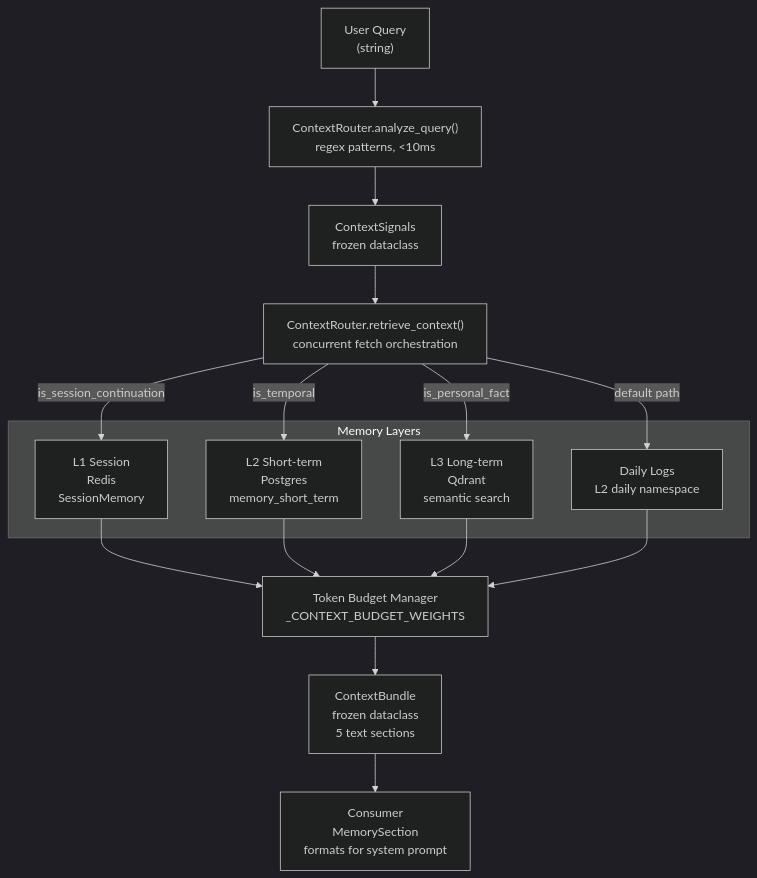
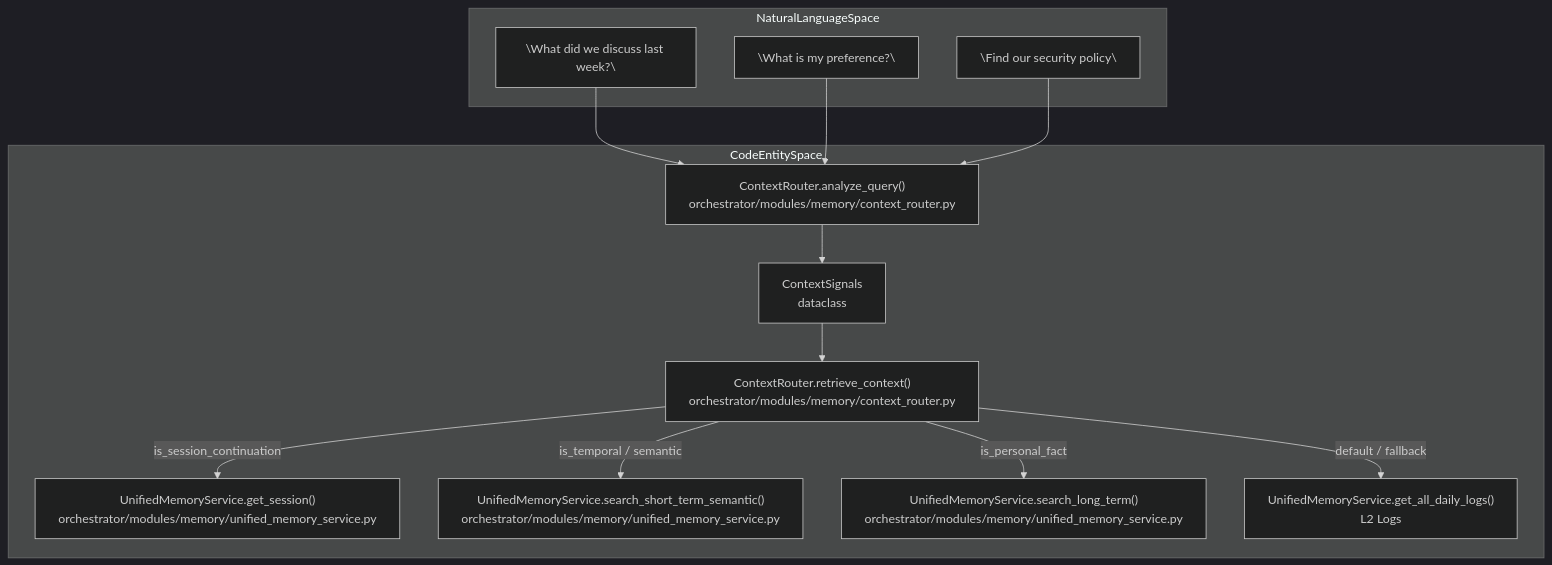
Before and after one commit to AutomatosAI/automatos-ai: the first of 3 diagrams in docs/memory-system/context-router.md, drawn with Mermaid (dark theme). The commit also changed other lines of this file and 188 other files, not shown here.

First line of the commit message:
docs: refresh architecture docs and add coverage for new subsystems (#1416)

````diff
--- a/docs/memory-system/context-router.md
+++ b/docs/memory-system/context-router.md
@@ -53,37 +48,31 @@
 ```mermaid
 graph TB
-    Query["User Query<br/>(string)"]
-    Analyze["ContextRouter.analyze_query()<br/>regex patterns, &lt;10ms"]
-    Signals["ContextSignals<br/>frozen dataclass"]
-    
-    Retrieve["ContextRouter.retrieve_context()<br/>concurrent fetch orchestration"]
-    
-    subgraph "Memory Layers"
-        L1["L1 Session<br/>Redis<br/>SessionMemory"]
-        L2["L2 Short-term<br/>Postgres<br/>memory_short_term"]
-        L3["L3 Long-term<br/>Qdrant<br/>semantic search"]
-        Daily["Daily Logs<br/>L2 daily namespace"]
+    subgraph "NaturalLanguageSpace"
+        NL1["\"What did we discuss last week?\""]
+        NL2["\"What is my preference?\""]
+        NL3["\"Find our security policy\""]
     end
-    
-    Budget["Token Budget Manager<br/>_CONTEXT_BUDGET_WEIGHTS"]
-    Bundle["ContextBundle<br/>frozen dataclass<br/>5 text sections"]
-    
-    Consumer["Consumer<br/>MemorySection<br/>formats for system prompt"]
-    
-    Query --> Analyze
-    Analyze --> Signals
+
+    subgraph "CodeEntitySpace"
+        Router["ContextRouter.analyze_query()<br/>orchestrator/modules/memory/context_router.py"]
+        Signals["ContextSignals<br/>dataclass"]
+        Retrieve["ContextRouter.retrieve_context()<br/>orchestrator/modules/memory/context_router.py"]
+        
+        L1["UnifiedMemoryService.get_session()<br/>orchestrator/modules/memory/unified_memory_service.py"]
+        L2["UnifiedMemoryService.search_short_term_semantic()<br/>orchestrator/modules/memory/unified_memory_service.py"]
+        L3["UnifiedMemoryService.search_long_term()<br/>orchestrator/modules/memory/unified_memory_service.py"]
+        Daily["UnifiedMemoryService.get_all_daily_logs()<br/>L2 Logs"]
+    end
+
+    NL1 --> Router
+    NL2 --> Router
+    NL3 --> Router
+
+    Router --> Signals
     Signals --> Retrieve
     
-    Retrieve -->|is_session_continuation| L1
-    Retrieve -->|is_temporal| L2
-    Retrieve -->|is_personal_fact| L3
-    Retrieve -->|default path| Daily
-    
-    L1 --> Budget
-    L2 --> Budget
-    L3 --> Budget
-    Daily --> Budget
-    
-    Budget --> Bundle
-    Bundle --> Consumer
+    Retrieve -->|"is_session_continuation"| L1
+    Retrieve -->|"is_temporal / semantic"| L2
+    Retrieve -->|"is_personal_fact"| L3
+    Retrieve -->|"default / fallback"| Daily
 ```
````
